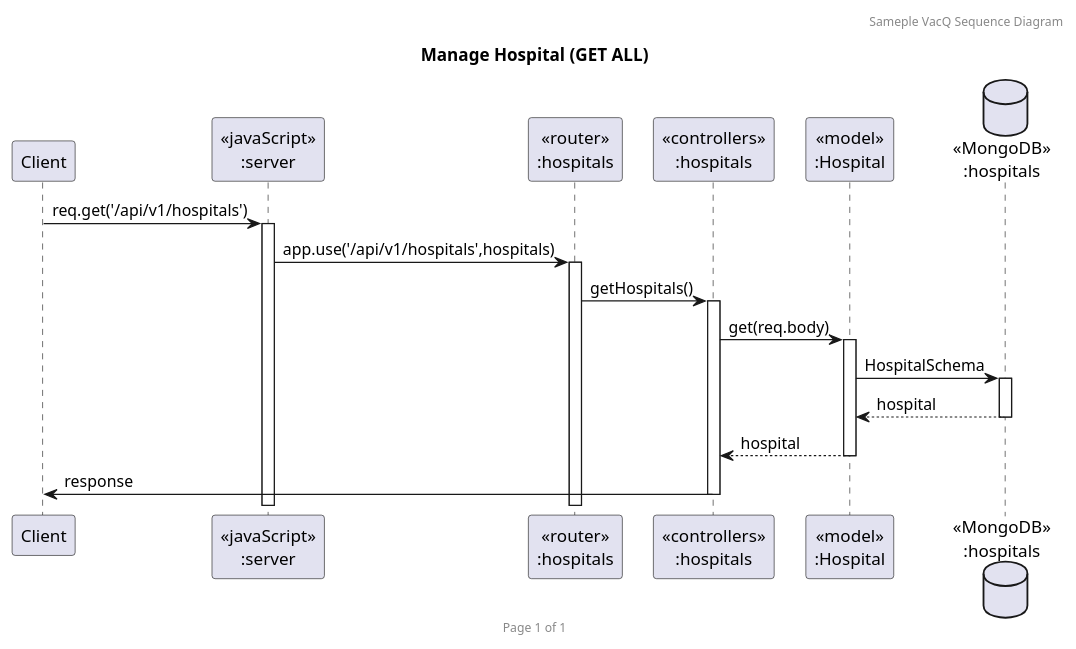
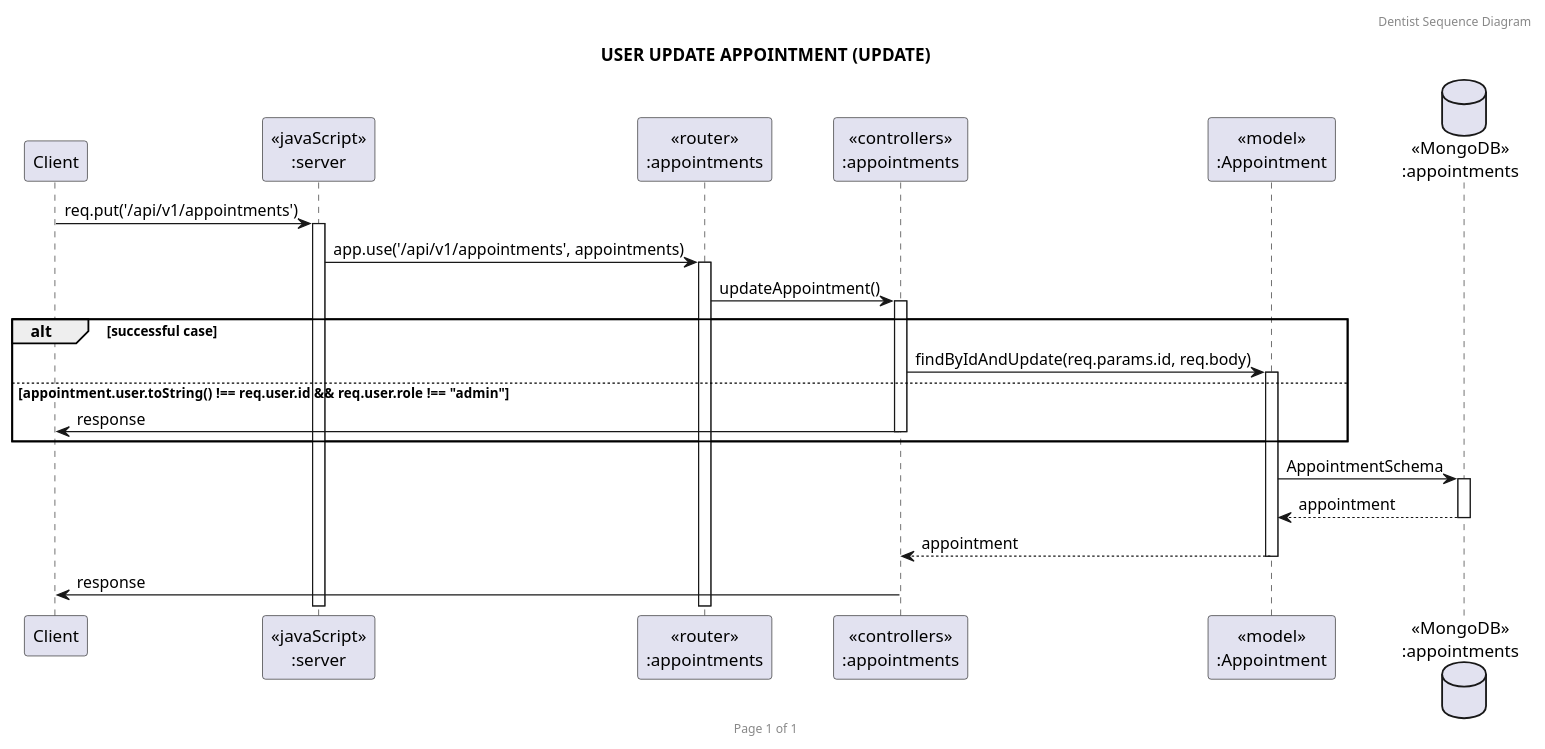
The diagram in puml/Sequence Diagram/5.User Update Appointment.puml (PePeKirika/Backend-Project-Dentist), drawn with PlantUML before and after one commit. The commit also changed 4 other files, not shown here.

```diff
--- a/puml/Sequence Diagram/5.User Update Appointment.puml
+++ b/puml/Sequence Diagram/5.User Update Appointment.puml
@@ -1,23 +1,29 @@
-@startuml Manage Hospital (GET ALL)
+@startuml USER UPDATE APPOINTMENT (UPDATE)
 
-header Sameple VacQ Sequence Diagram
+header Dentist Sequence Diagram
 footer Page %page% of %lastpage%
-title "Manage Hospital (GET ALL)"
+title "USER UPDATE APPOINTMENT (UPDATE)"
 
 participant "Client" as client
 participant "<<javaScript>>\n:server" as server
-participant "<<router>>\n:hospitals" as routerHospitals
-participant "<<controllers>>\n:hospitals" as controllersHospitals
-participant "<<model>>\n:Hospital" as modelHospital
-database "<<MongoDB>>\n:hospitals" as HospitalsDatabase
+participant "<<router>>\n:appointments" as routerAppointments
+participant "<<controllers>>\n:appointments" as controllersAppointments
+participant "<<model>>\n:Appointment" as modelAppointment
+database "<<MongoDB>>\n:appointments" as AppointmentsDatabase
 
-client->server ++:req.get('/api/v1/hospitals')
-server->routerHospitals ++:app.use('/api/v1/hospitals',hospitals)
-routerHospitals -> controllersHospitals ++:getHospitals()
-controllersHospitals->modelHospital ++:get(req.body)
-modelHospital ->HospitalsDatabase ++: HospitalSchema
-HospitalsDatabase --> modelHospital --: hospital
-controllersHospitals <-- modelHospital --:hospital
-controllersHospitals->client --:response
+client->server ++:req.put('/api/v1/appointments')
+server->routerAppointments ++:app.use('/api/v1/appointments', appointments)
+routerAppointments -> controllersAppointments ++:updateAppointment()
+
+alt successful case
+    controllersAppointments->modelAppointment ++:findByIdAndUpdate(req.params.id, req.body)
+else appointment.user.toString() !== req.user.id && req.user.role !== "admin"
+    controllersAppointments->client --:response
+end
+
+modelAppointment ->AppointmentsDatabase ++: AppointmentSchema
+AppointmentsDatabase --> modelAppointment --: appointment
+controllersAppointments <-- modelAppointment --:appointment
+controllersAppointments->client --:response
 
 @enduml
```
